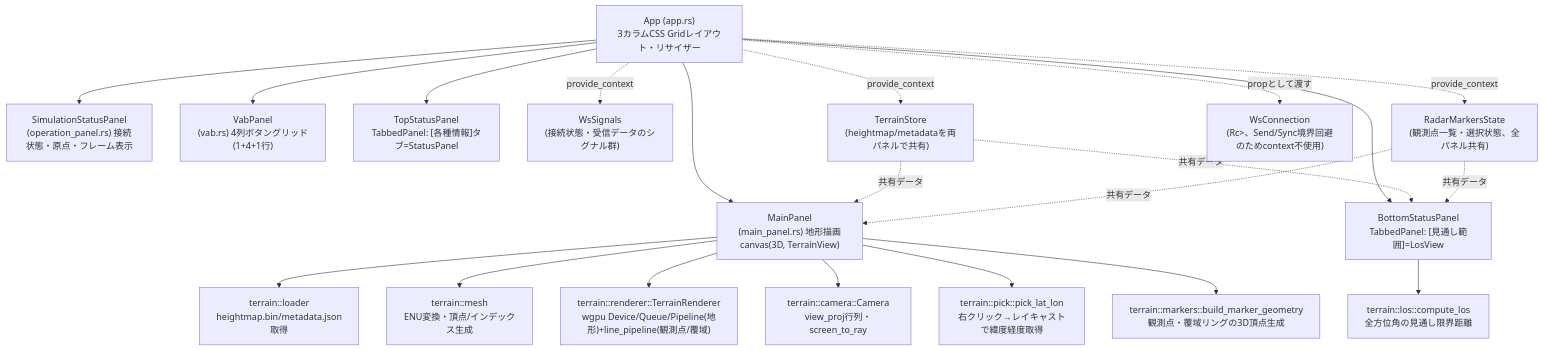
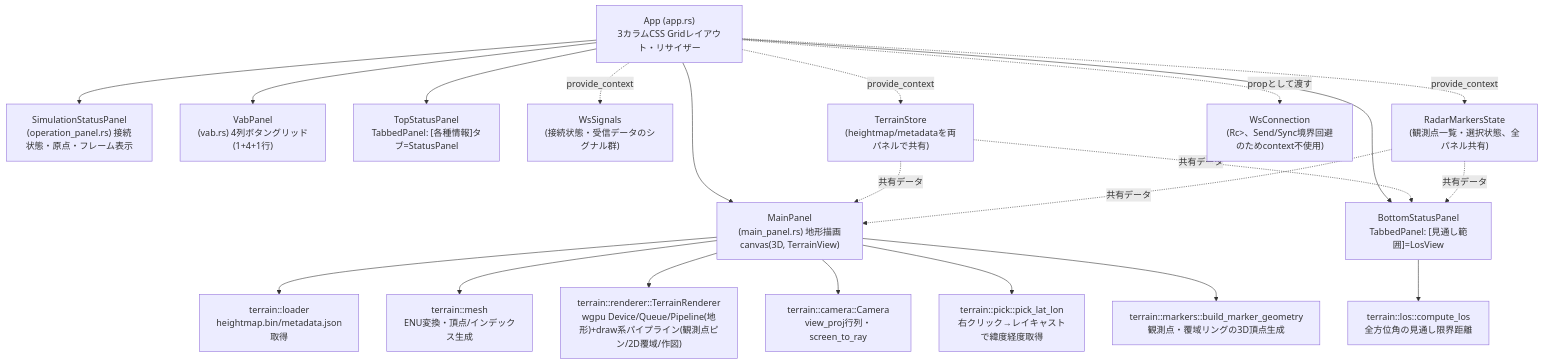
The ninth of 16 diagrams in DETAILED_DESIGN.md (ham1a6/SimulationView), drawn with Mermaid before and after one commit. The commit also changed other lines of this file and 9 other files, not shown here.

````diff
--- a/DETAILED_DESIGN.md
+++ b/DETAILED_DESIGN.md
@@ -747,26 +747,26 @@
 ```mermaid
 graph TD
     App["App (app.rs)<br/>3カラムCSS Gridレイアウト・リサイザー"]
     App --> SimulationStatusPanel["SimulationStatusPanel<br/>(operation_panel.rs) 接続状態・原点・フレーム表示"]
     App --> VabPanel["VabPanel<br/>(vab.rs) 4列ボタングリッド(1+4+1行)"]
     App --> MainPanel["MainPanel<br/>(main_panel.rs) 地形描画canvas(3D, TerrainView)"]
     App --> TopStatusPanel["TopStatusPanel<br/>TabbedPanel: [各種情報]タブ=StatusPanel"]
     App --> BottomStatusPanel["BottomStatusPanel<br/>TabbedPanel: [見通し範囲]=LosView"]
 
     App -.provide_context.-> WsSignals["WsSignals<br/>(接続状態・受信データのシグナル群)"]
     App -.provide_context.-> TerrainStore["TerrainStore<br/>(heightmap/metadataを両パネルで共有)"]
     App -.provide_context.-> RadarMarkersState["RadarMarkersState<br/>(観測点一覧・選択状態、全パネル共有)"]
     App -.propとして渡す.-> WsConnection["WsConnection<br/>(Rc<RefCell<...>>、Send/Sync境界回避のためcontext不使用)"]
 
     MainPanel --> Loader["terrain::loader<br/>heightmap.bin/metadata.json取得"]
     MainPanel --> Mesh["terrain::mesh<br/>ENU変換・頂点/インデックス生成"]
-    MainPanel --> Renderer["terrain::renderer::TerrainRenderer<br/>wgpu Device/Queue/Pipeline(地形)+line_pipeline(観測点/覆域)"]
+    MainPanel --> Renderer["terrain::renderer::TerrainRenderer<br/>wgpu Device/Queue/Pipeline(地形)+draw系パイプライン(観測点ピン/2D覆域/作図)"]
     MainPanel --> Camera["terrain::camera::Camera<br/>view_proj行列・screen_to_ray"]
     MainPanel --> Pick["terrain::pick::pick_lat_lon<br/>右クリック→レイキャストで緯度経度取得"]
     MainPanel --> Markers["terrain::markers::build_marker_geometry<br/>観測点・覆域リングの3D頂点生成"]
     BottomStatusPanel --> Los["terrain::los::compute_los<br/>全方位角の見通し限界距離"]
     TerrainStore -.共有データ.-> MainPanel
     TerrainStore -.共有データ.-> BottomStatusPanel
     RadarMarkersState -.共有データ.-> MainPanel
     RadarMarkersState -.共有データ.-> BottomStatusPanel
 ```
````
